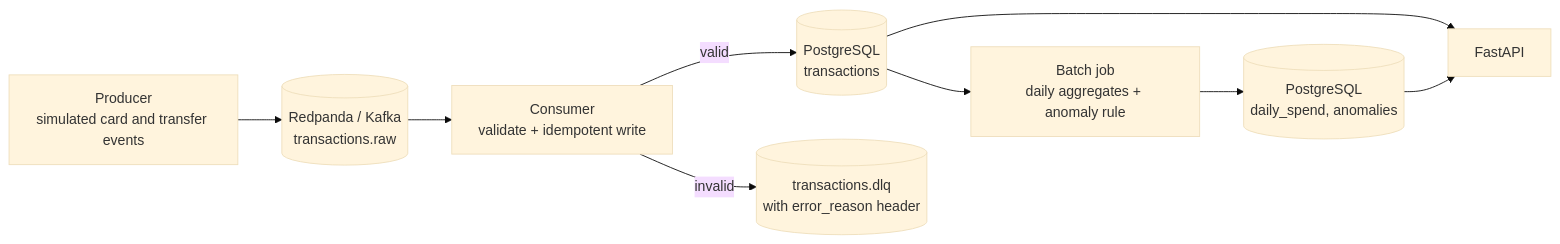
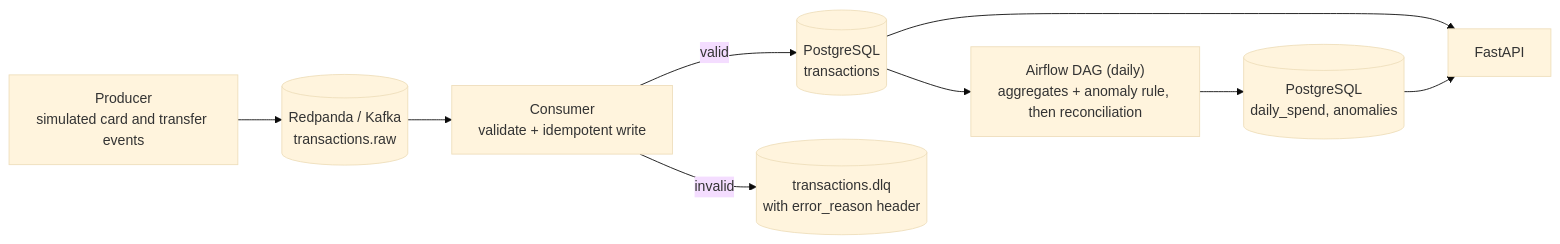
One commit to DakshSohanlal/txn-pipeline changed the diagram in README.md. Above: the diagram before and after it, drawn with Mermaid (base theme). The commit also changed other lines of this file and 8 other files, not shown here.

Commit message:
Add Airflow DAG with reconciliation check and Airflow service

````diff
--- a/README.md
+++ b/README.md
@@ -16,11 +16,11 @@
 ```mermaid
 flowchart LR
   P["Producer<br/>simulated card and transfer events"] --> K[("Redpanda / Kafka<br/>transactions.raw")]
   K --> C["Consumer<br/>validate + idempotent write"]
   C -->|valid| T[("PostgreSQL<br/>transactions")]
   C -->|invalid| D[("transactions.dlq<br/>with error_reason header")]
-  T --> J["Batch job<br/>daily aggregates + anomaly rule"]
+  T --> J["Airflow DAG (daily)<br/>aggregates + anomaly rule, then reconciliation"]
   J --> R[("PostgreSQL<br/>daily_spend, anomalies")]
   T --> A["FastAPI"]
   R --> A
 ```
````
